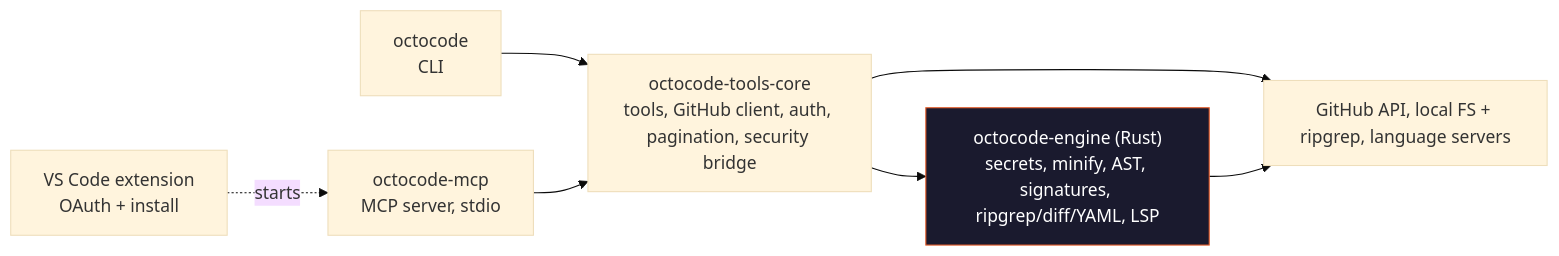
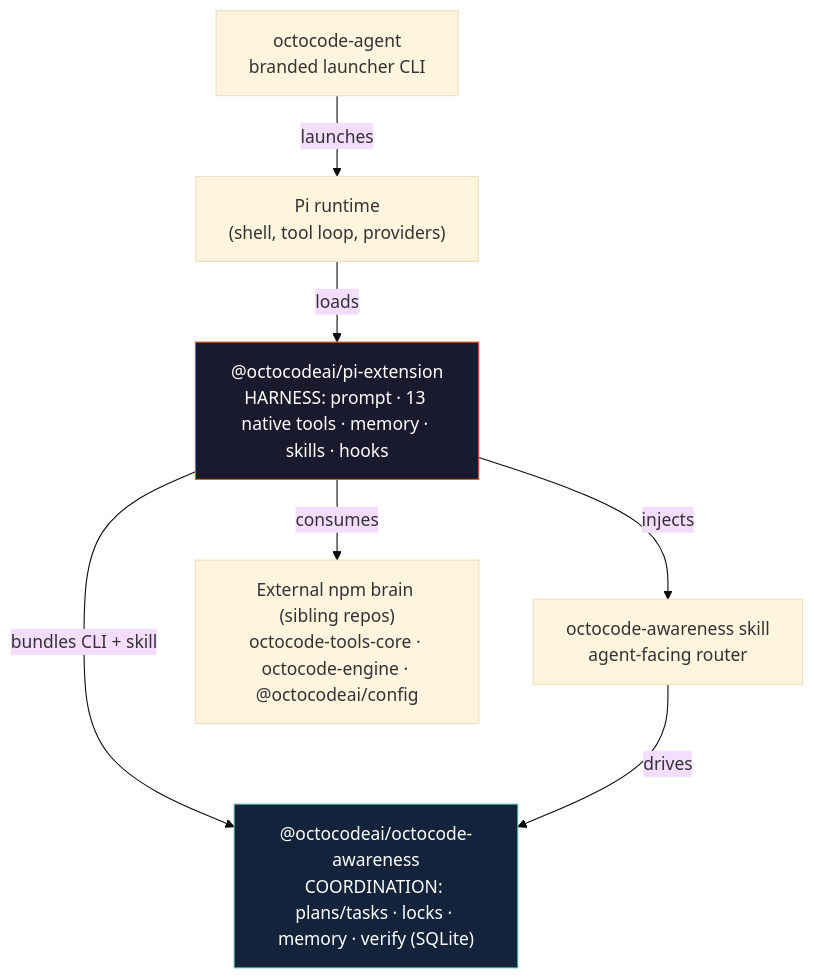
The diagram in README.md (bgauryy/octocode-agent), drawn with Mermaid (base theme) before and after one commit. The commit also changed other lines of this file and 65 other files, not shown here.

````diff
--- a/README.md
+++ b/README.md
@@ -405,18 +159,19 @@
 ```mermaid
-graph LR
-    CLI["octocode<br/>CLI"]
-    MCP["octocode-mcp<br/>MCP server, stdio"]
-    VSC["VS Code extension<br/>OAuth + install"]
-    CORE["octocode-tools-core<br/>tools, GitHub client, auth, pagination, security bridge"]
-    ENGINE["octocode-engine (Rust)<br/>secrets, minify, AST, signatures, ripgrep/diff/YAML, LSP"]
-    EXT["GitHub API, local FS + ripgrep, language servers"]
+graph TD
+    AGENT["octocode-agent<br/>branded launcher CLI"]
+    PI["Pi runtime<br/>(shell, tool loop, providers)"]
+    EXT["@octocodeai/pi-extension<br/>HARNESS: prompt · 13 native tools · memory · skills · hooks"]
+    AW["@octocodeai/octocode-awareness<br/>COORDINATION: plans/tasks · locks · memory · verify (SQLite)"]
+    SKILL["octocode-awareness skill<br/>agent-facing router"]
+    BRAIN["External npm brain (sibling repos)<br/>octocode-tools-core · octocode-engine · @octocodeai/config"]
 
-    CLI --> CORE
-    MCP --> CORE
-    VSC -. starts .-> MCP
-    CORE --> ENGINE
-    CORE --> EXT
-    ENGINE --> EXT
+    AGENT -- launches --> PI
+    PI -- loads --> EXT
+    EXT -- bundles CLI + skill --> AW
+    EXT -- injects --> SKILL
+    SKILL -- drives --> AW
+    EXT -- consumes --> BRAIN
 
-    style ENGINE fill:#1a1a2e,stroke:#e75d2a,color:#fff
+    style EXT fill:#1a1a2e,stroke:#e75d2a,color:#fff
+    style AW fill:#12233b,stroke:#4a9,color:#fff
 ```
````
